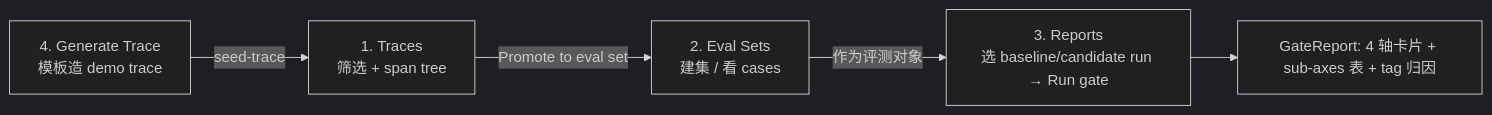
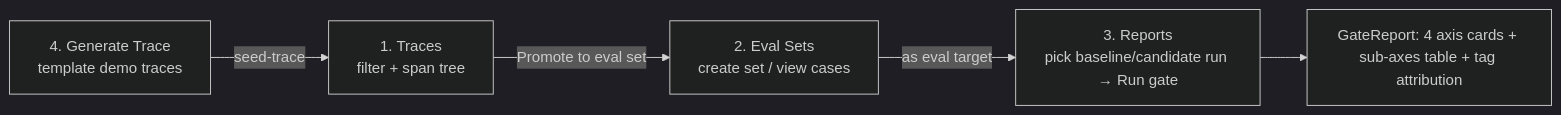
One commit to AndyUneducated/eval-gate changed the second of 2 diagrams in docs/PHASE_11_PLAN.md. Above: the diagram before and after it, drawn with Mermaid (dark theme). The commit also changed other lines of this file and 22 other files, not shown here.

````diff
--- a/docs/PHASE_11_PLAN.md
+++ b/docs/PHASE_11_PLAN.md
@@ -36,7 +36,7 @@
 ```mermaid
 flowchart LR
-  T["1. Traces<br/>筛选 + span tree"] -->|"Promote to eval set"| ES["2. Eval Sets<br/>建集 / 看 cases"]
-  ES -->|"作为评测对象"| R["3. Reports<br/>选 baseline/candidate run → Run gate"]
-  G["4. Generate Trace<br/>模板造 demo trace"] -->|"seed-trace"| T
-  R --> Rep["GateReport: 4 轴卡片 + sub-axes 表 + tag 归因"]
+  T["1. Traces<br/>filter + span tree"] -->|"Promote to eval set"| ES["2. Eval Sets<br/>create set / view cases"]
+  ES -->|"as eval target"| R["3. Reports<br/>pick baseline/candidate run → Run gate"]
+  G["4. Generate Trace<br/>template demo traces"] -->|"seed-trace"| T
+  R --> Rep["GateReport: 4 axis cards + sub-axes table + tag attribution"]
 ```
````
